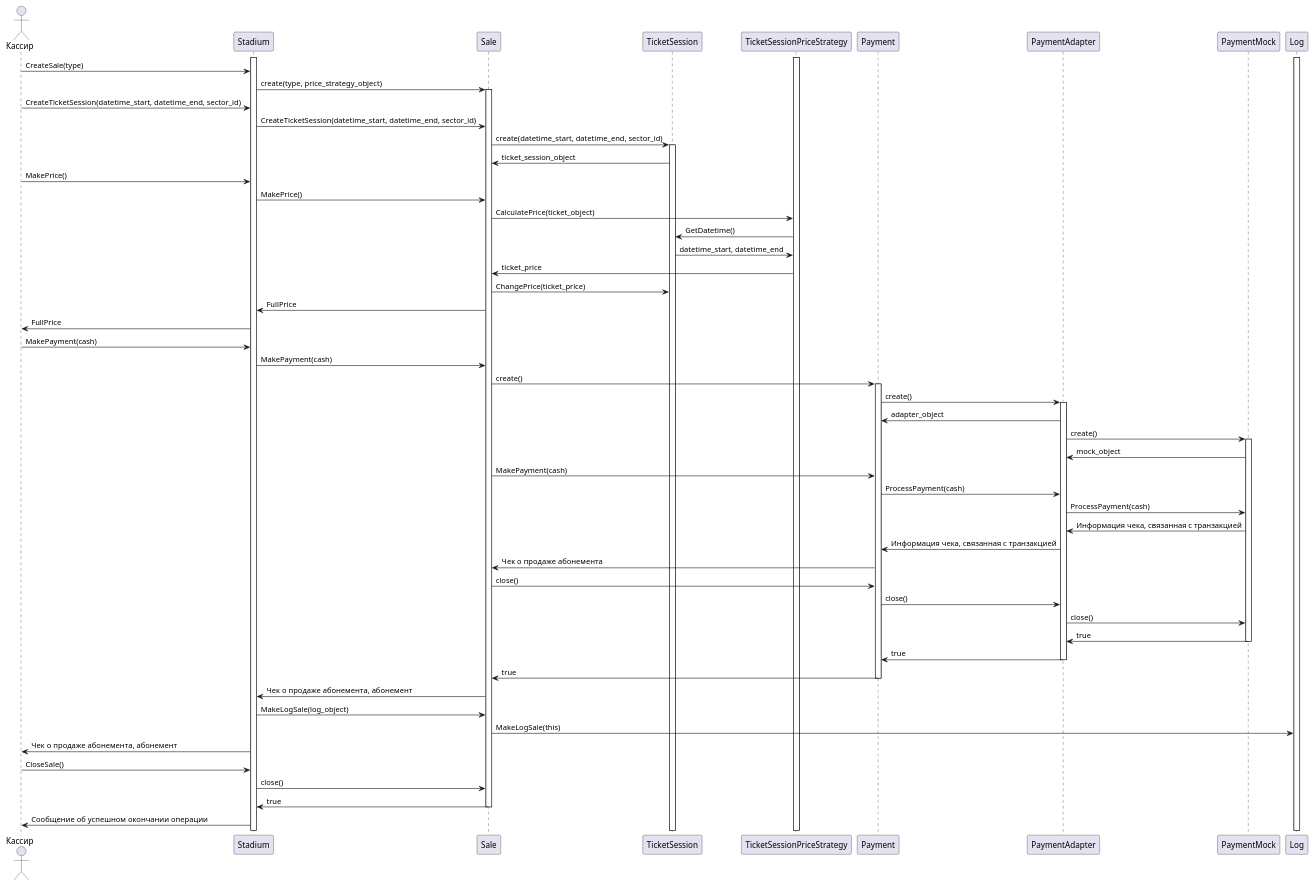
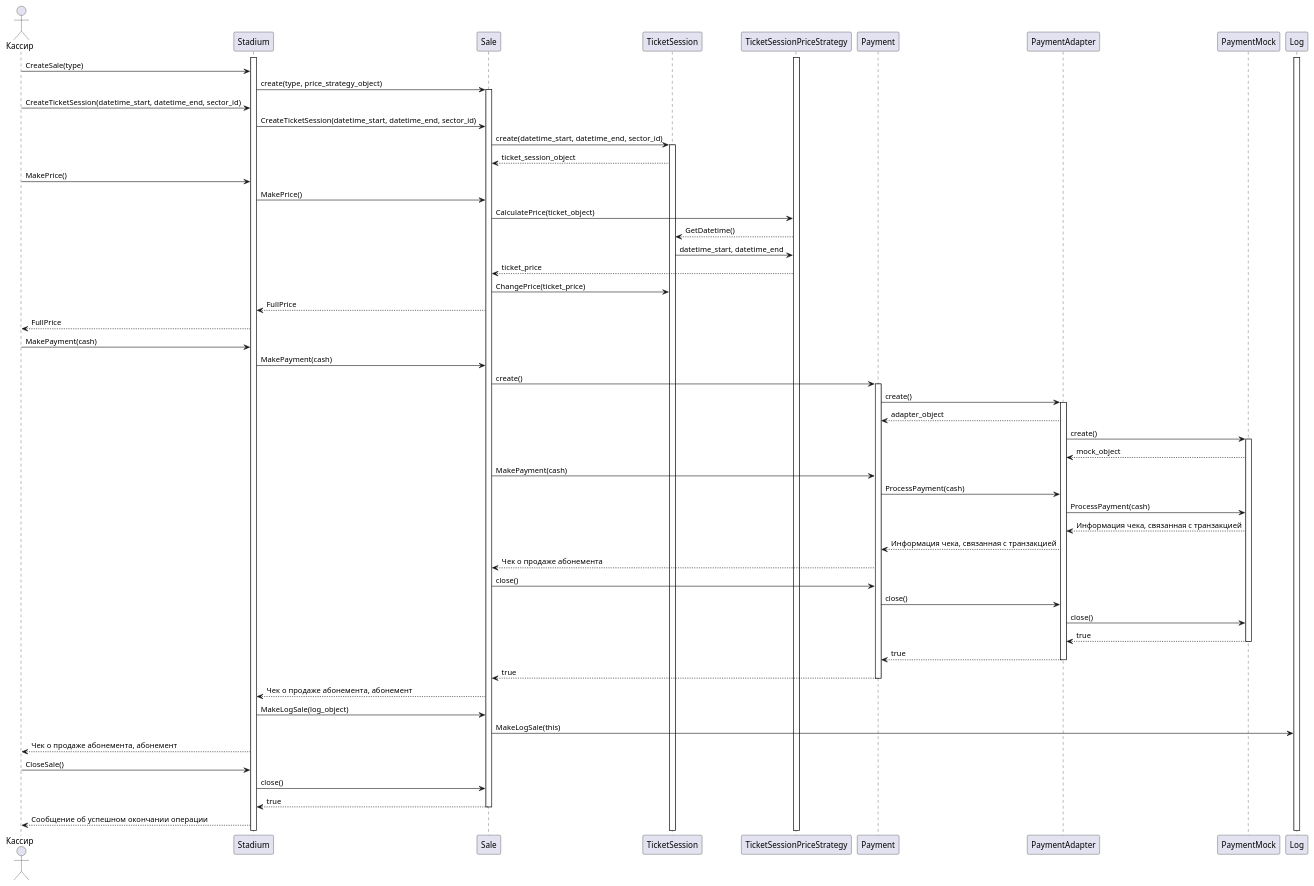
One commit to penamarth/bsbo-03-23_team4_var10_football changed the diagram in Прецеденты/Диаграмма продажи абонемента.md. Above: the diagram before and after it, drawn with PlantUML.

Commit message:
Обновлены ответные сообщения в диаграмме продажи абонемента

````diff
--- a/Прецеденты/Диаграмма продажи абонемента.md
+++ b/Прецеденты/Диаграмма продажи абонемента.md
@@ -23,19 +23,19 @@
 Stadium -> Sale : CreateTicketSession(datetime_start, datetime_end, sector_id)
 Sale -> TicketSession : create(datetime_start, datetime_end, sector_id)
 activate TicketSession
-Sale <- TicketSession : ticket_session_object
+Sale <-- TicketSession : ticket_session_object
 
 Кассир -> Stadium : MakePrice()
 Stadium -> Sale : MakePrice()
 
 Sale -> TicketSessionPriceStrategy : CalculatePrice(ticket_object)
-TicketSessionPriceStrategy -> TicketSession : GetDatetime()
+TicketSessionPriceStrategy --> TicketSession : GetDatetime()
 TicketSessionPriceStrategy <- TicketSession : datetime_start, datetime_end
-Sale <- TicketSessionPriceStrategy : ticket_price
+Sale <-- TicketSessionPriceStrategy : ticket_price
 Sale -> TicketSession : ChangePrice(ticket_price)
 
-Stadium <- Sale : FullPrice
-Кассир <- Stadium : FullPrice
+Stadium <-- Sale : FullPrice
+Кассир <-- Stadium : FullPrice
 
 Кассир -> Stadium : MakePayment(cash)
 Stadium -> Sale : MakePayment(cash)
@@ -45,40 +45,41 @@
 Payment -> PaymentAdapter : create()
 activate PaymentAdapter
 
-Payment <- PaymentAdapter : adapter_object
+Payment <-- PaymentAdapter : adapter_object
 PaymentAdapter -> PaymentMock: create()
 activate PaymentMock
-PaymentAdapter <- PaymentMock : mock_object
+PaymentAdapter <-- PaymentMock : mock_object
 
 Sale -> Payment : MakePayment(cash)
 Payment -> PaymentAdapter : ProcessPayment(cash)
 PaymentAdapter -> PaymentMock : ProcessPayment(cash)
-PaymentAdapter <- PaymentMock : Информация чека, связанная с транзакцией
-Payment <- PaymentAdapter : Информация чека, связанная с транзакцией
+PaymentAdapter <-- PaymentMock : Информация чека, связанная с транзакцией
+Payment <-- PaymentAdapter : Информация чека, связанная с транзакцией
 
-Sale <- Payment : Чек о продаже абонемента
+Sale <-- Payment : Чек о продаже абонемента
 Sale -> Payment : close()
 Payment -> PaymentAdapter : close()
 PaymentAdapter -> PaymentMock : close()
-PaymentAdapter <- PaymentMock : true
+PaymentAdapter <-- PaymentMock : true
 deactivate PaymentMock
-Payment <- PaymentAdapter : true
+Payment <-- PaymentAdapter : true
 deactivate PaymentAdapter
-Sale <- Payment : true
+Sale <-- Payment : true
 deactivate Payment
 
-Stadium <- Sale : Чек о продаже абонемента, абонемент
+Stadium <-- Sale : Чек о продаже абонемента, абонемент
 
 Stadium -> Sale : MakeLogSale(log_object)
 Sale -> Log : MakeLogSale(this)
 
-Кассир <- Stadium : Чек о продаже абонемента, абонемент
+Кассир <-- Stadium : Чек о продаже абонемента, абонемент
 
 Кассир -> Stadium : CloseSale()
 Stadium -> Sale : close()
-Stadium <- Sale : true
+Stadium <-- Sale : true
 deactivate Sale
-Кассир <- Stadium : Сообщение об успешном окончании операции
+Кассир <-- Stadium : Сообщение об успешном окончании операции
 
 @enduml
+
 ```
````
